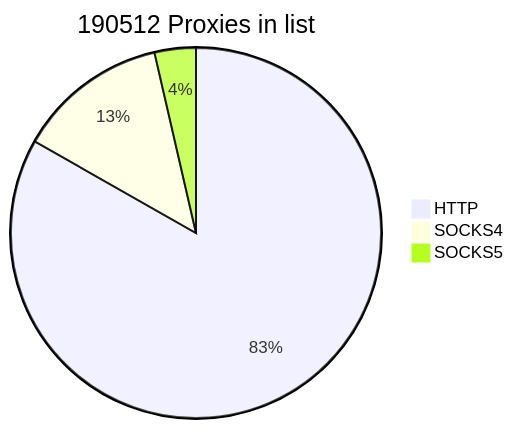
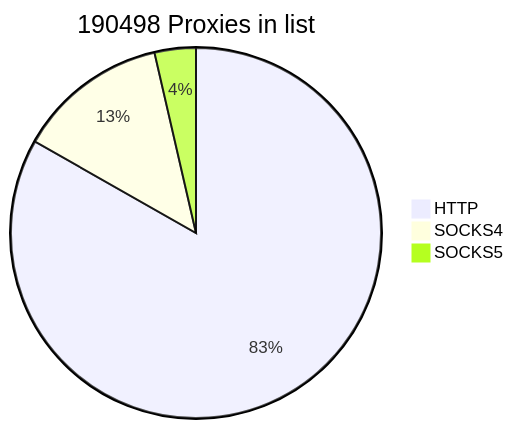
One commit to cutipu/proxylist changed the first of 2 diagrams in README.md. Above: the diagram before and after it, drawn with Mermaid. The commit also changed other lines of this file, not shown here.

````diff
--- a/README.md
+++ b/README.md
@@ -2,7 +2,7 @@
 ```mermaid
-pie title 190512 Proxies in list
-    "HTTP" : 158547
+pie title 190498 Proxies in list
+    "HTTP" : 158533
     "SOCKS4" : 25103
     "SOCKS5" : 6862
             
 ```
````
